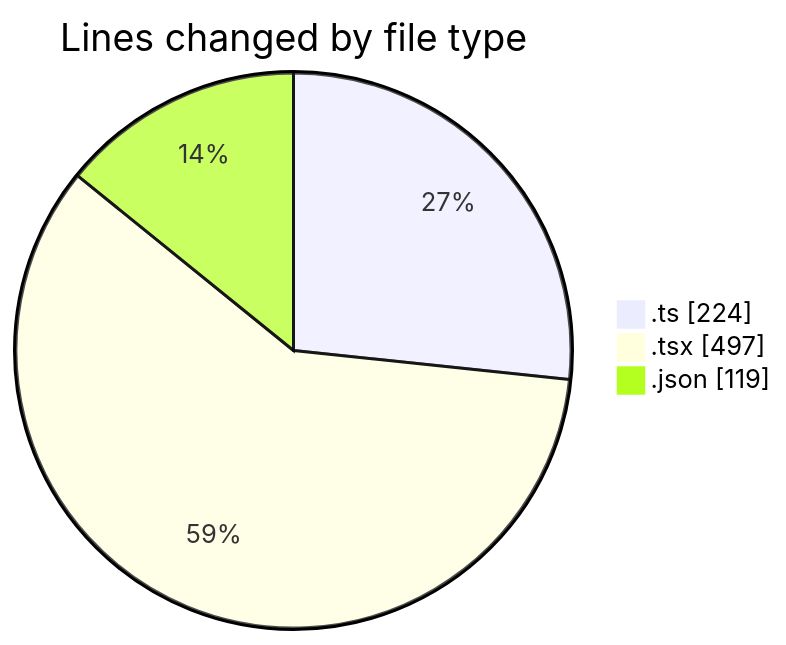
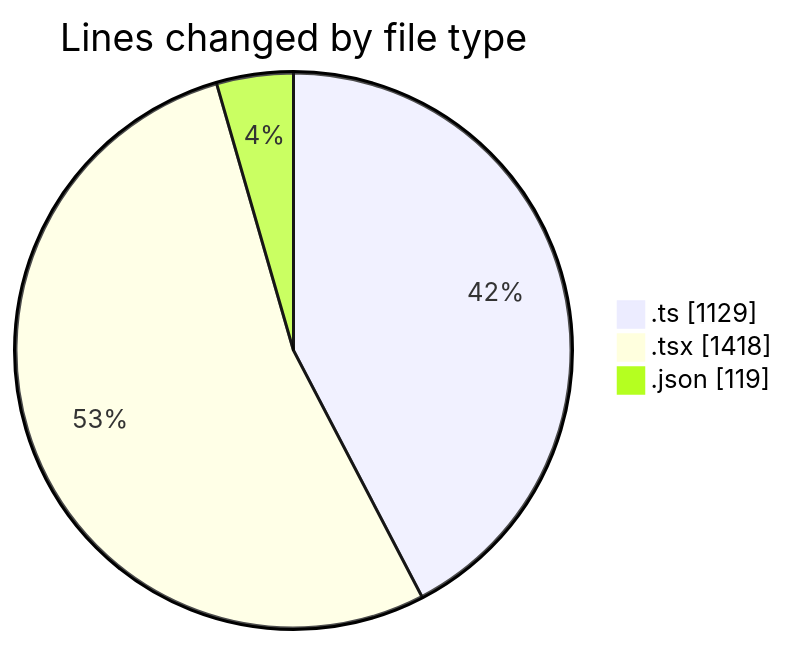
One commit to julien-gomy/code-tracking changed the first of 2 diagrams in 2025-11-10/eventscop-frontend-guide__workspace_/README.md. Above: the diagram before and after it, drawn with Mermaid. The commit also changed other lines of this file and 1 other file, not shown here.

````diff
--- a/2025-11-10/eventscop-frontend-guide__workspace_/README.md
+++ b/2025-11-10/eventscop-frontend-guide__workspace_/README.md
@@ -25,7 +42,7 @@
 ```mermaid
 pie showData
 title Lines changed by file type
-".ts" : 224
-".tsx" : 497
+".ts" : 1129
+".tsx" : 1418
 ".json" : 119
 ```
````
